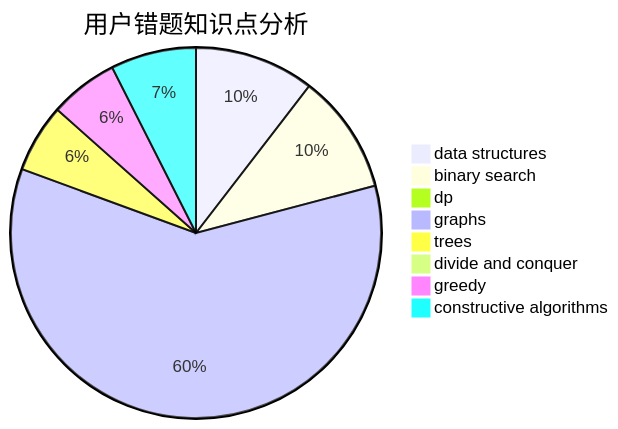
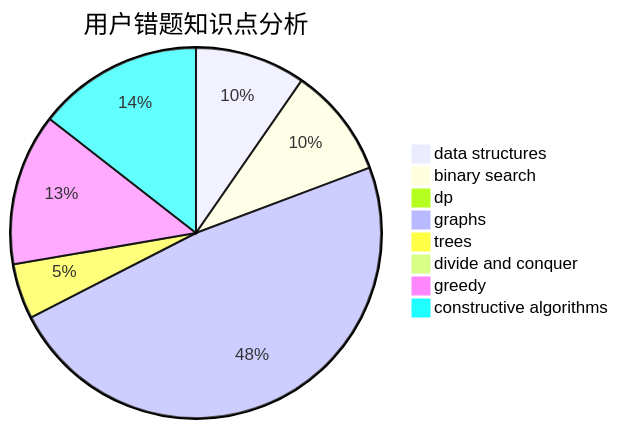
The third of 3 diagrams in docs/user/u1415.md (sherpahu/cfrs.github.io), drawn with Mermaid before and after one commit. The commit also changed other lines of this file and 2770 other files, not shown here.

````diff
--- a/docs/user/u1415.md
+++ b/docs/user/u1415.md
@@ -36,11 +36,11 @@
 ```mermaid
 pie title 用户错题知识点分析
-    "data structures" :  7
-    "binary search" :  7
+    "data structures" :  8
+    "binary search" :  8
     "dp" :  0
     "graphs" :  40
     "trees" :  4
     "divide and conquer" :  0
-    "greedy" :  4
-    "constructive algorithms" :  5
+    "greedy" :  11
+    "constructive algorithms" :  12
 ```
````
